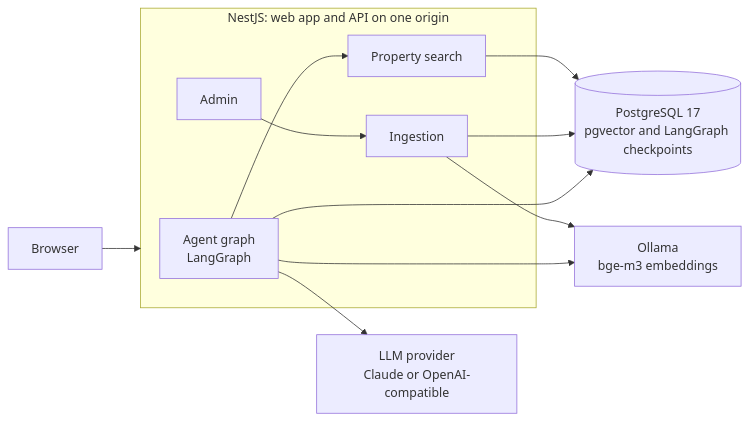
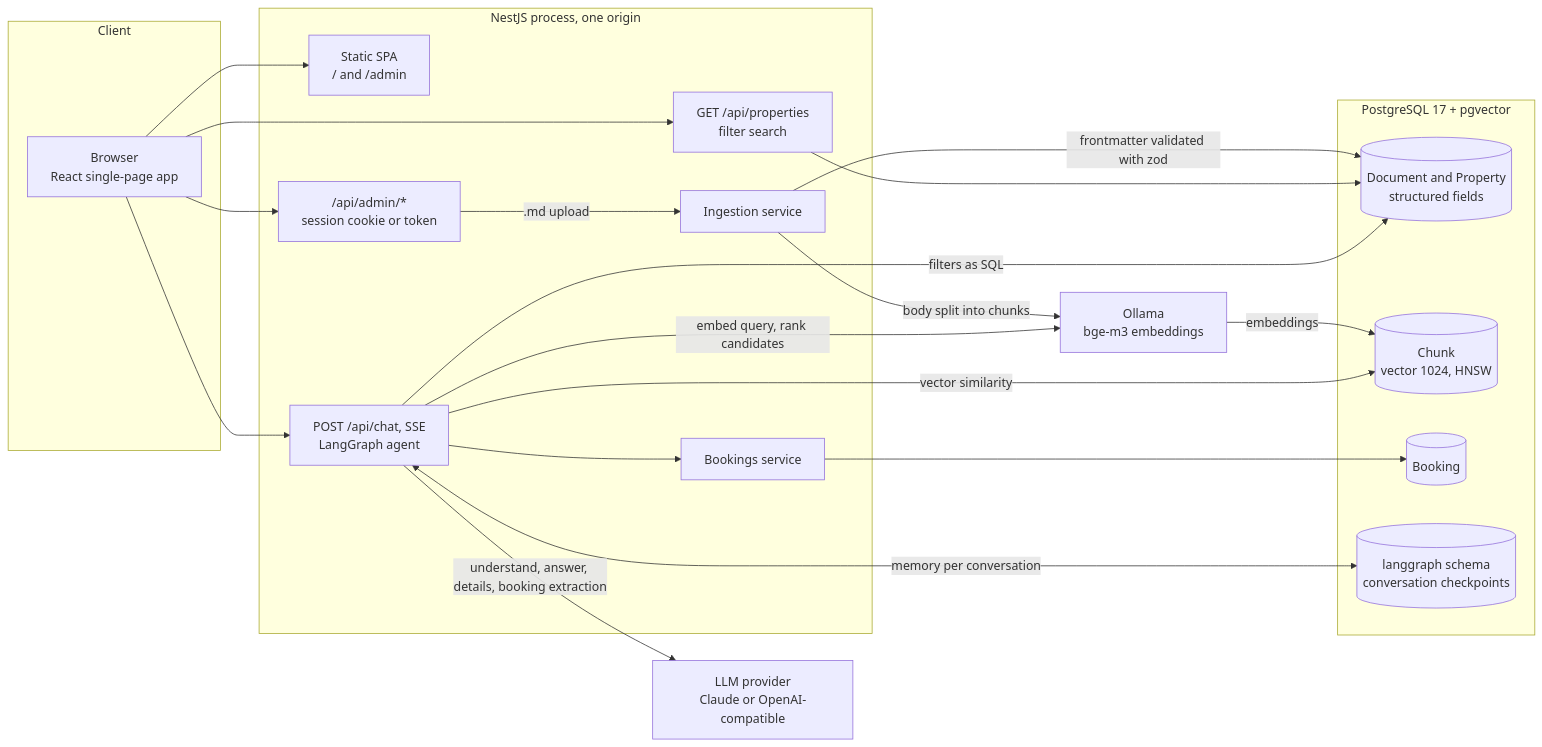
One commit to MDeeee/real-estate-agent changed the first of 2 diagrams in README.md. Above: the diagram before and after it, drawn with Mermaid. The commit also changed other lines of this file and 3 other files, not shown here.

First line of the commit message:
docs: portfolio README with architecture diagrams and eval results

````diff
--- a/README.md
+++ b/README.md
@@ -20,19 +46,44 @@
 ```mermaid
 flowchart LR
-  Browser["Browser"] --> API
-  subgraph API["NestJS: web app and API on one origin"]
-    Agent["Agent graph<br/>LangGraph"]
-    Search["Property search"]
-    Ingest["Ingestion"]
-    Admin["Admin"]
+  subgraph Client
+    SPA["Browser<br/>React single-page app"]
   end
-  Admin --> Ingest
-  Agent --> Search
-  PG[("PostgreSQL 17<br/>pgvector and LangGraph checkpoints")]
-  Search --> PG
-  Ingest --> PG
-  Agent --> PG
-  Ingest --> Ollama["Ollama<br/>bge-m3 embeddings"]
-  Agent --> Ollama
-  Agent --> LLM["LLM provider<br/>Claude or OpenAI-compatible"]
+
+  subgraph Nest["NestJS process, one origin"]
+    Static["Static SPA<br/>/ and /admin"]
+    Chat["POST /api/chat, SSE<br/>LangGraph agent"]
+    Props["GET /api/properties<br/>filter search"]
+    Admin["/api/admin/*<br/>session cookie or token"]
+    Ingest["Ingestion service"]
+    Bookings["Bookings service"]
+  end
+
+  subgraph PG["PostgreSQL 17 + pgvector"]
+    Property[("Document and Property<br/>structured fields")]
+    Chunk[("Chunk<br/>vector 1024, HNSW")]
+    Booking[("Booking")]
+    Checkpoints[("langgraph schema<br/>conversation checkpoints")]
+  end
+
+  Ollama["Ollama<br/>bge-m3 embeddings"]
+  LLM["LLM provider<br/>Claude or OpenAI-compatible"]
+
+  SPA --> Static
+  SPA --> Chat
+  SPA --> Props
+  SPA --> Admin
+
+  Admin -->|".md upload"| Ingest
+  Ingest -->|"frontmatter validated with zod"| Property
+  Ingest -->|"body split into chunks"| Ollama
+  Ollama -->|"embeddings"| Chunk
+
+  Props --> Property
+  Chat -->|"filters as SQL"| Property
+  Chat -->|"embed query, rank candidates"| Ollama
+  Chat -->|"vector similarity"| Chunk
+  Chat -->|"understand, answer, details, booking extraction"| LLM
+  Chat --> Bookings
+  Bookings --> Booking
+  Chat <-->|"memory per conversation"| Checkpoints
 ```
````
